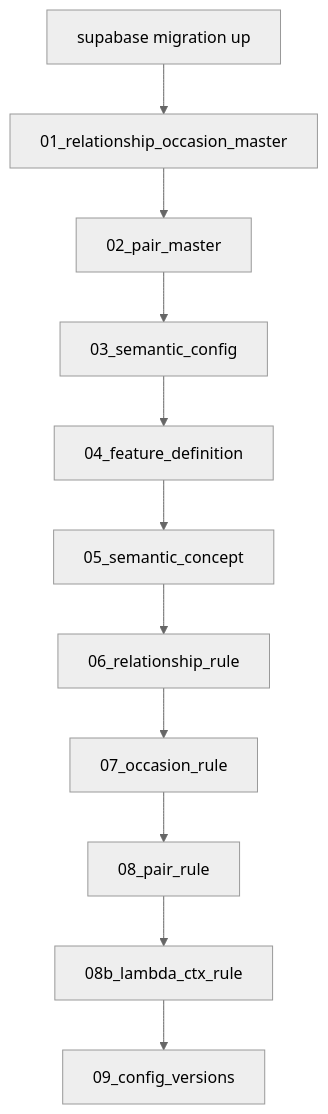
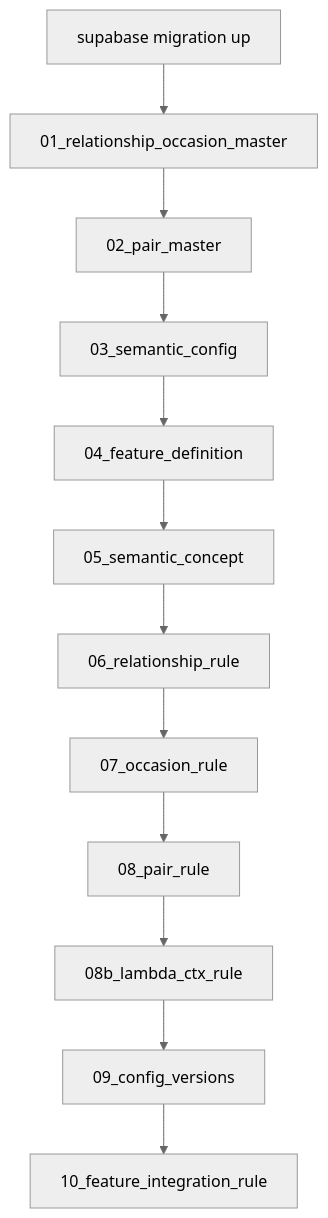
Before and after one commit to ryo-chan-k6/GiftRecommendAPP_MVP_CYCLE_3: the diagram in docs/06_実装設計/database/初期データ定義書.md, drawn with Mermaid (neutral theme). The commit also changed other lines of this file and 5 other files, not shown here.

First line of the commit message:
[Epic]Feature Integration Rule Seed整備 (#1760)

````diff
--- a/docs/06_実装設計/database/初期データ定義書.md
+++ b/docs/06_実装設計/database/初期データ定義書.md
@@ -78,17 +78,18 @@
 ```mermaid
 flowchart TD
   mig["supabase migration up"]
   s01["01_relationship_occasion_master"]
   s02["02_pair_master"]
   s03["03_semantic_config"]
   s04["04_feature_definition"]
   s05["05_semantic_concept"]
   s06["06_relationship_rule"]
   s07["07_occasion_rule"]
   s08["08_pair_rule"]
   s08b["08b_lambda_ctx_rule"]
   s09["09_config_versions"]
+  s10["10_feature_integration_rule"]
 
   mig --> s01 --> s02 --> s03 --> s04 --> s05
-  s05 --> s06 --> s07 --> s08 --> s08b --> s09
+  s05 --> s06 --> s07 --> s08 --> s08b --> s09 --> s10
 ```
````
